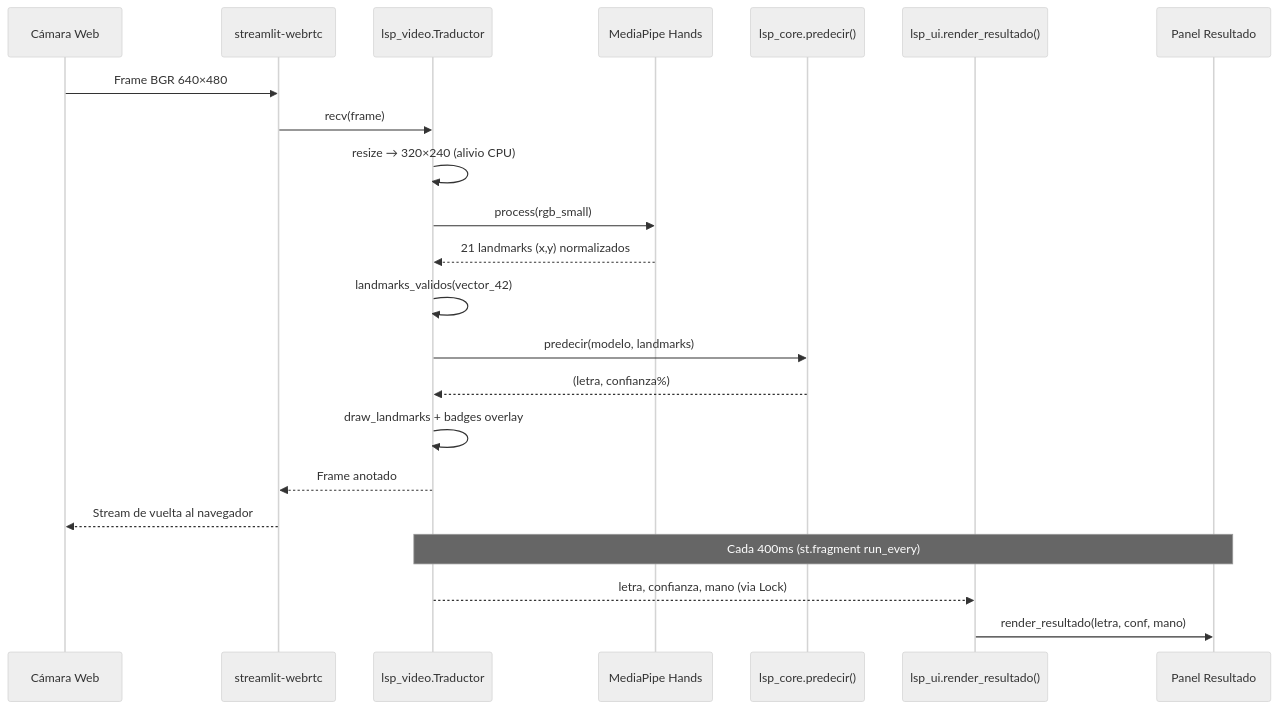
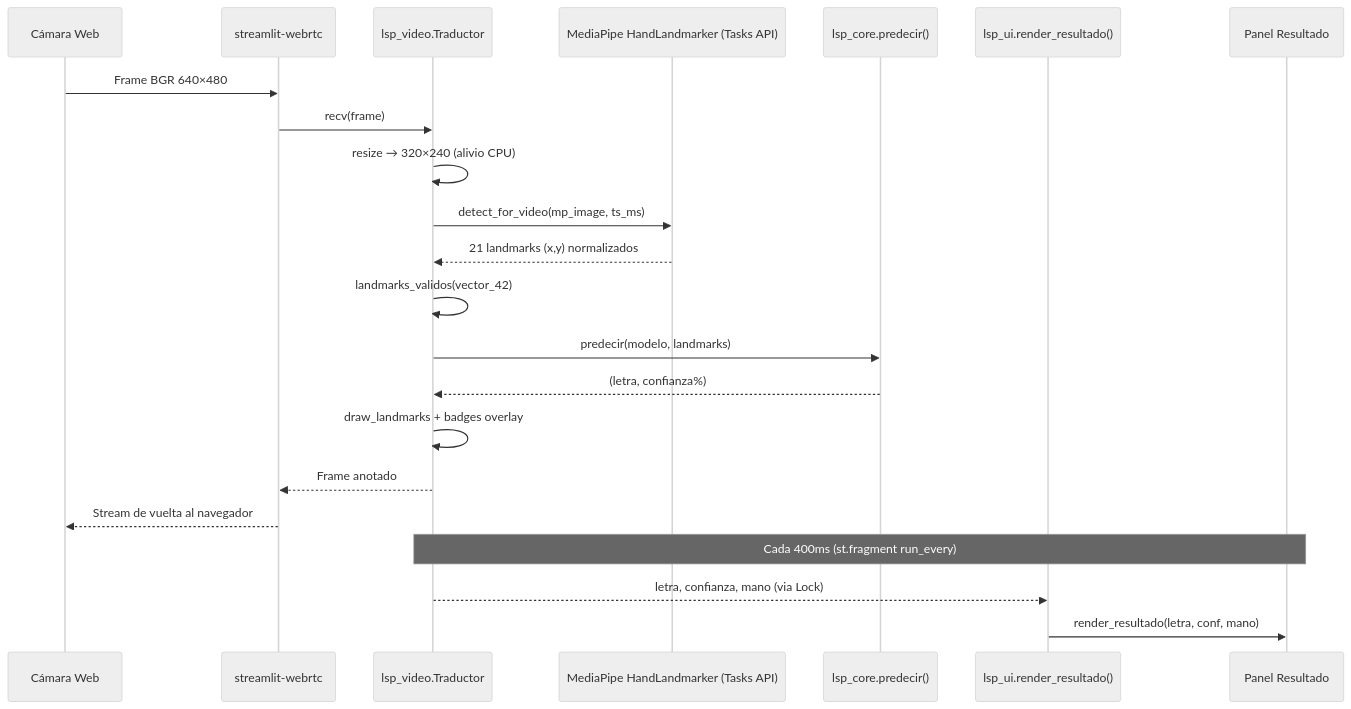
The third of 3 diagrams in docs/arquitectura/COMPONENTES.md (Oscar-Rodriguez-2022/Traductor-Senas-IA), drawn with Mermaid (neutral theme) before and after one commit. The commit also changed other lines of this file and 8 other files, not shown here.

````diff
--- a/docs/arquitectura/COMPONENTES.md
+++ b/docs/arquitectura/COMPONENTES.md
@@ -128,25 +128,25 @@
 ```mermaid
 sequenceDiagram
     participant CAM as Cámara Web
     participant WEBRTC as streamlit-webrtc
     participant TRADUCTOR as lsp_video.Traductor
-    participant MP as MediaPipe Hands
+    participant MP as MediaPipe HandLandmarker (Tasks API)
     participant SVM as lsp_core.predecir()
     participant UI as lsp_ui.render_resultado()
     participant PANEL as Panel Resultado
 
     CAM->>WEBRTC: Frame BGR 640×480
     WEBRTC->>TRADUCTOR: recv(frame)
     TRADUCTOR->>TRADUCTOR: resize → 320×240 (alivio CPU)
-    TRADUCTOR->>MP: process(rgb_small)
+    TRADUCTOR->>MP: detect_for_video(mp_image, ts_ms)
     MP-->>TRADUCTOR: 21 landmarks (x,y) normalizados
     TRADUCTOR->>TRADUCTOR: landmarks_validos(vector_42)
     TRADUCTOR->>SVM: predecir(modelo, landmarks)
     SVM-->>TRADUCTOR: (letra, confianza%)
     TRADUCTOR->>TRADUCTOR: draw_landmarks + badges overlay
     TRADUCTOR-->>WEBRTC: Frame anotado
     WEBRTC-->>CAM: Stream de vuelta al navegador
     Note over TRADUCTOR,PANEL: Cada 400ms (st.fragment run_every)
     TRADUCTOR-->>UI: letra, confianza, mano (via Lock)
     UI->>PANEL: render_resultado(letra, conf, mano)
 ```
````
